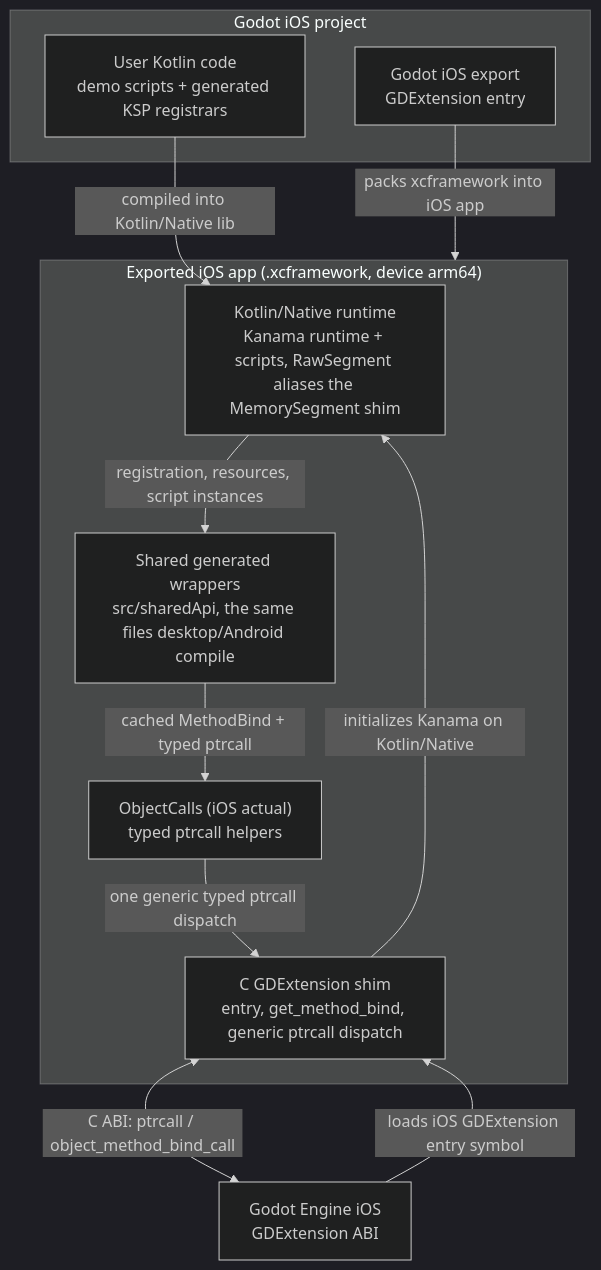
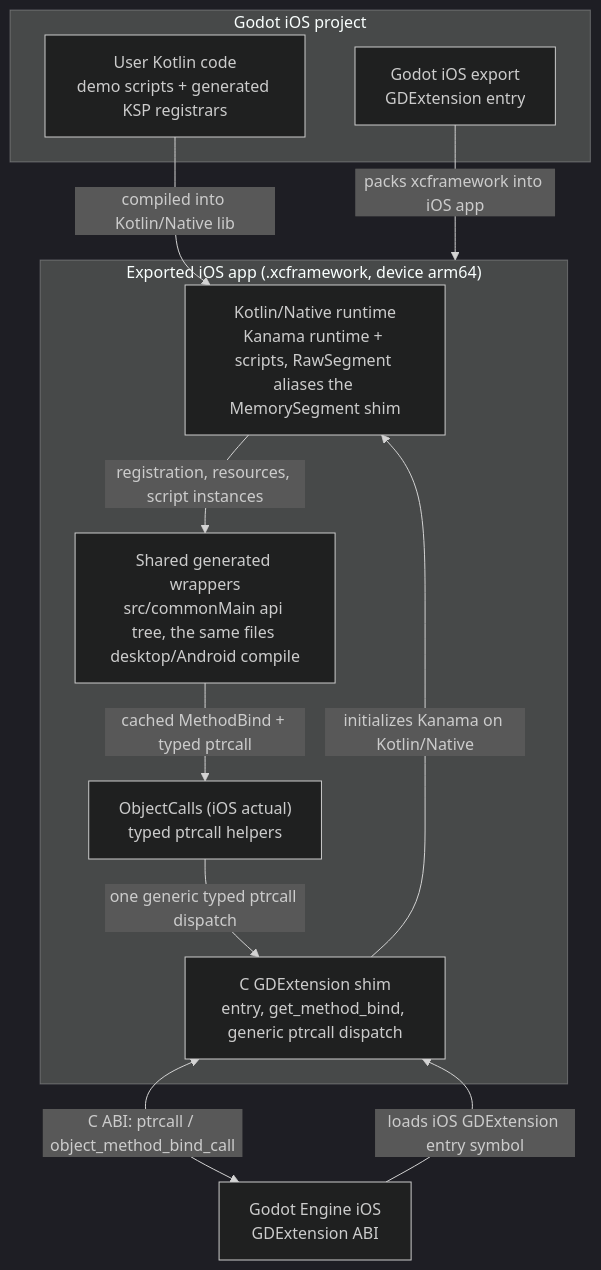
Before and after one commit to falcon4ever/kanama: the third of 5 diagrams in docs/contributing/architecture.md, drawn with Mermaid (dark theme). The commit also changed other lines of this file and 1053 other files, not shown here.

First line of the commit message:
Task 117 P4′: the API tree is common code — GodotSignal, SignalConnection and MainThread are expect/actual (#280)

````diff
--- a/docs/contributing/architecture.md
+++ b/docs/contributing/architecture.md
@@ -84,25 +84,25 @@
 ```mermaid
 flowchart TB
     subgraph PROJECT["Godot iOS project"]
         USER["User Kotlin code<br/>demo scripts + generated KSP registrars"]
         EXPORT["Godot iOS export<br/>GDExtension entry"]
     end
 
     subgraph APP["Exported iOS app (.xcframework, device arm64)"]
         KN["Kotlin/Native runtime<br/>Kanama runtime + scripts, RawSegment aliases the MemorySegment shim"]
-        WRAP["Shared generated wrappers<br/>src/sharedApi, the same files desktop/Android compile"]
+        WRAP["Shared generated wrappers<br/>src/commonMain api tree, the same files desktop/Android compile"]
         OC["ObjectCalls (iOS actual)<br/>typed ptrcall helpers"]
         SHIM["C GDExtension shim<br/>entry, get_method_bind, generic ptrcall dispatch"]
     end
 
     GODOT["Godot Engine iOS<br/>GDExtension ABI"]
 
     USER -->|"compiled into Kotlin/Native lib"| KN
     EXPORT -->|"packs xcframework into iOS app"| APP
     GODOT -->|"loads iOS GDExtension entry symbol"| SHIM
     SHIM -->|"initializes Kanama on Kotlin/Native"| KN
     KN -->|"registration, resources, script instances"| WRAP
     WRAP -->|"cached MethodBind + typed ptrcall"| OC
     OC -->|"one generic typed ptrcall dispatch"| SHIM
     SHIM <-->|"C ABI: ptrcall / object_method_bind_call"| GODOT
 ```
````
